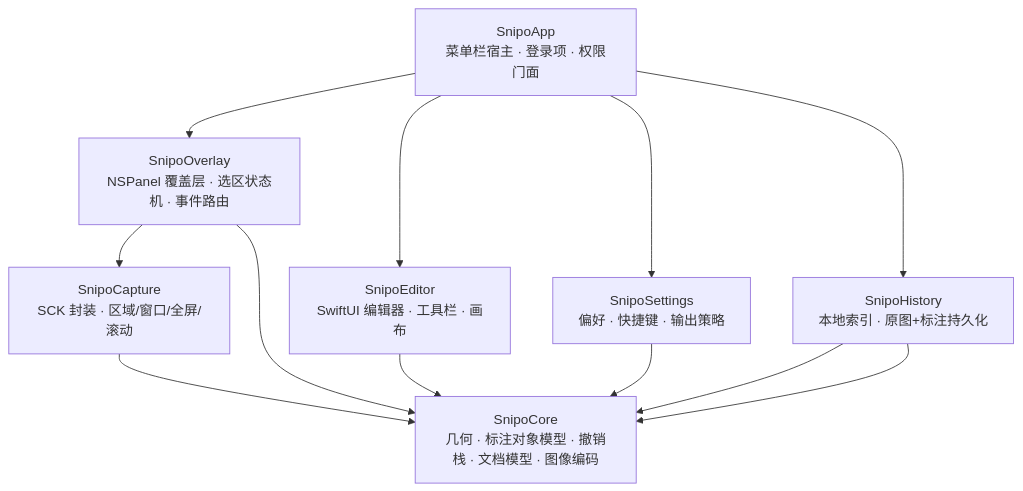
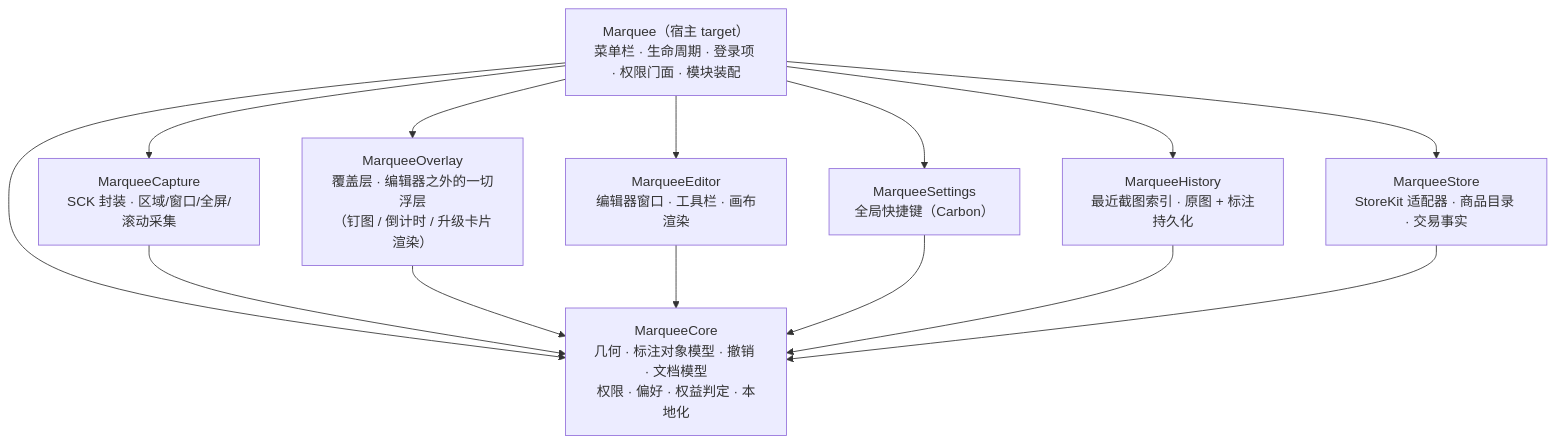
Before and after one commit to tangzzz-fan/Marquee: the first of 4 diagrams in docs/PRD.md, drawn with Mermaid. The commit also changed other lines of this file and 5 other files, not shown here.

````diff
--- a/docs/PRD.md
+++ b/docs/PRD.md
@@ -200,20 +277,27 @@
 ```mermaid
 graph TD
-    App["SnipoApp<br/>菜单栏宿主 · 登录项 · 权限门面"] --> Overlay
+    App["Marquee（宿主 target）<br/>菜单栏 · 生命周期 · 登录项 · 权限门面 · 模块装配"]
+
+    Core["MarqueeCore<br/>几何 · 标注对象模型 · 撤销 · 文档模型<br/>权限 · 偏好 · 权益判定 · 本地化"]
+    Capture["MarqueeCapture<br/>SCK 封装 · 区域/窗口/全屏/滚动采集"]
+    Overlay["MarqueeOverlay<br/>覆盖层 · 编辑器之外的一切浮层<br/>（钉图 / 倒计时 / 升级卡片渲染）"]
+    Editor["MarqueeEditor<br/>编辑器窗口 · 工具栏 · 画布渲染"]
+    Settings["MarqueeSettings<br/>全局快捷键（Carbon）"]
+    History["MarqueeHistory<br/>最近截图索引 · 原图 + 标注持久化"]
+    Store["MarqueeStore<br/>StoreKit 适配器 · 商品目录 · 交易事实"]
+
+    App --> Core
+    App --> Capture
+    App --> Overlay
     App --> Editor
     App --> Settings
     App --> History
+    App --> Store
 
-    Overlay["SnipoOverlay<br/>NSPanel 覆盖层 · 选区状态机 · 事件路由"] --> Capture
+    Capture --> Core
     Overlay --> Core
-
-    Editor["SnipoEditor<br/>SwiftUI 编辑器 · 工具栏 · 画布"] --> Core
-
-    Capture["SnipoCapture<br/>SCK 封装 · 区域/窗口/全屏/滚动"] --> Core
-
-    Settings["SnipoSettings<br/>偏好 · 快捷键 · 输出策略"] --> Core
-    History["SnipoHistory<br/>本地索引 · 原图+标注持久化"] --> Core
+    Editor --> Core
+    Settings --> Core
     History --> Core
-
-    Core["SnipoCore<br/>几何 · 标注对象模型 · 撤销栈 · 文档模型 · 图像编码"]
+    Store --> Core
 ```
````
